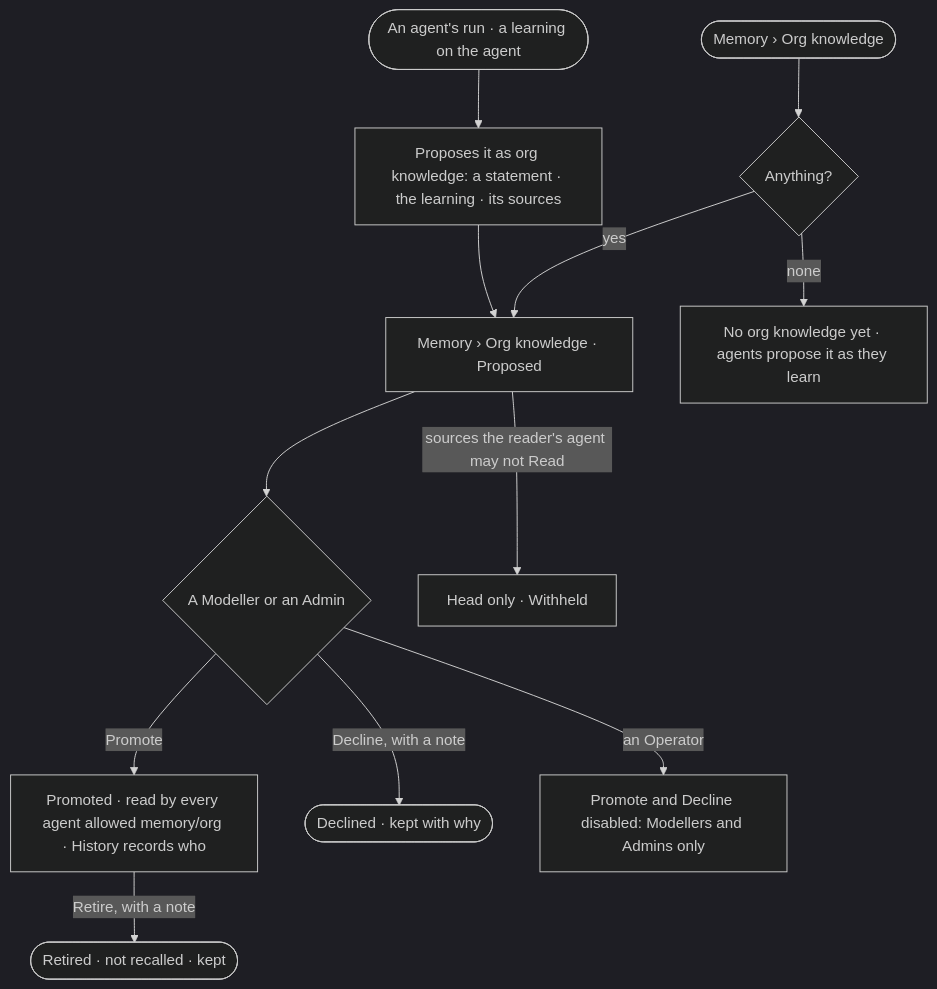
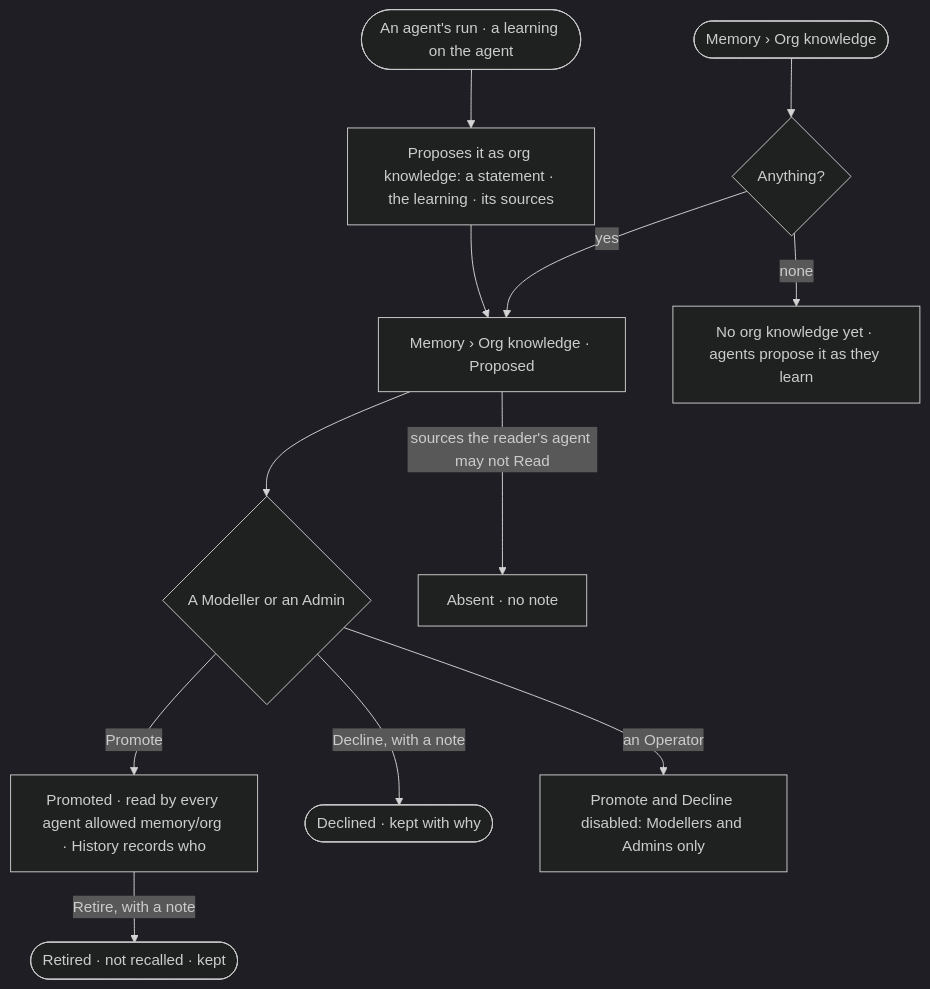
The first of 2 diagrams in specs/os/graph/features/GP-F02-memory/stories/GP-09-promote-a-learning-to-org-knowledge/story.md (invana/invana), drawn with Mermaid (dark theme) before and after one commit. The commit also changed other lines of this file and 69 other files, not shown here.

````diff
--- a/specs/os/graph/features/GP-F02-memory/stories/GP-09-promote-a-learning-to-org-knowledge/story.md
+++ b/specs/os/graph/features/GP-F02-memory/stories/GP-09-promote-a-learning-to-org-knowledge/story.md
@@ -31,14 +31,14 @@
 ```mermaid
 flowchart TD
   ag([An agent's run · a learning on the agent]) --> p["Proposes it as org knowledge: a statement · the learning · its sources"]
   p --> l["Memory › Org knowledge · Proposed"]
   s([Memory › Org knowledge]) --> any{"Anything?"}
   any -->|none| e["No org knowledge yet · agents propose it as they learn"]
   any -->|yes| l
   l --> d{"A Modeller or an Admin"}
   d -->|Promote| pr["Promoted · read by every agent allowed memory/org · History records who"]
   d -->|Decline, with a note| dc(["Declined · kept with why"])
   d -->|an Operator| no["Promote and Decline disabled: Modellers and Admins only"]
   pr -->|Retire, with a note| rt(["Retired · not recalled · kept"])
-  l -->|sources the reader's agent may not Read| wh["Head only · Withheld"]
+  l -->|sources the reader's agent may not Read| wh["Absent · no note"]
 ```
````
